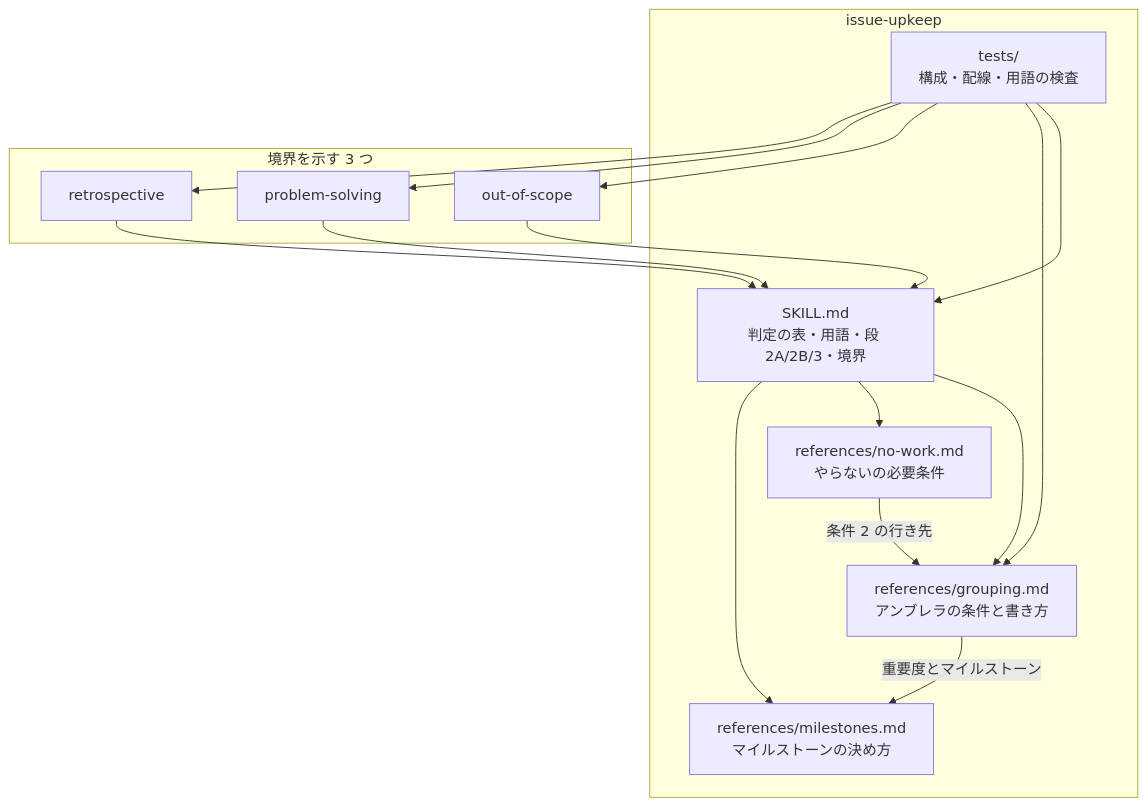
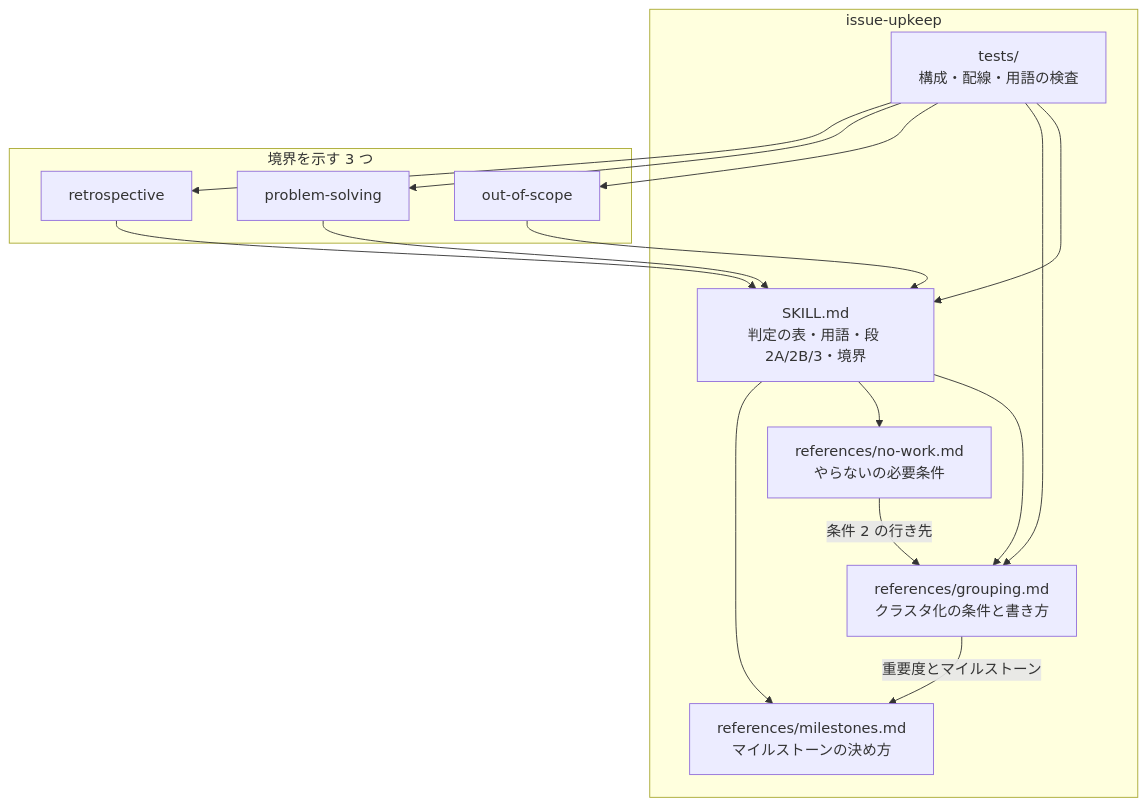
One commit to devbasex/ai-plugins changed the second of 3 diagrams in issues/issue-712-713-design.md. Above: the diagram before and after it, drawn with Mermaid. The commit also changed other lines of this file and 1 other file, not shown here.

````diff
--- a/issues/issue-712-713-design.md
+++ b/issues/issue-712-713-design.md
@@ -217,28 +217,28 @@
 ```mermaid
 graph TD
     subgraph upkeep["issue-upkeep"]
         SKILL["SKILL.md<br/>判定の表・用語・段 2A/2B/3・境界"]
-        GROUPING["references/grouping.md<br/>アンブレラの条件と書き方"]
+        GROUPING["references/grouping.md<br/>クラスタ化の条件と書き方"]
         NOWORK["references/no-work.md<br/>やらないの必要条件"]
         MS["references/milestones.md<br/>マイルストーンの決め方"]
         TEST["tests/<br/>構成・配線・用語の検査"]
     end
     subgraph others["境界を示す 3 つ"]
         OOS["out-of-scope"]
         PS["problem-solving"]
         RETRO["retrospective"]
     end
     SKILL --> GROUPING
     SKILL --> NOWORK
     SKILL --> MS
     NOWORK -->|条件 2 の行き先| GROUPING
     GROUPING -->|重要度とマイルストーン| MS
     TEST --> SKILL
     TEST --> GROUPING
     TEST --> OOS
     TEST --> PS
     TEST --> RETRO
     OOS --> SKILL
     PS --> SKILL
     RETRO --> SKILL
 ```
````
